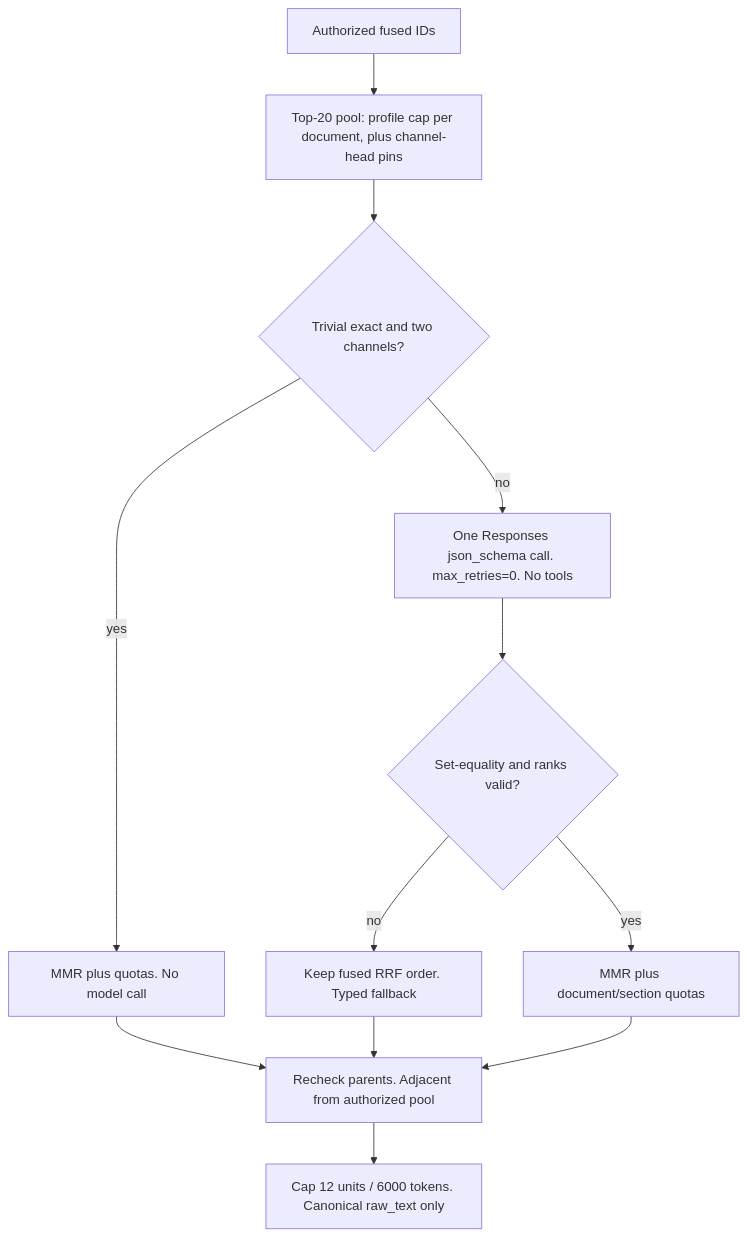
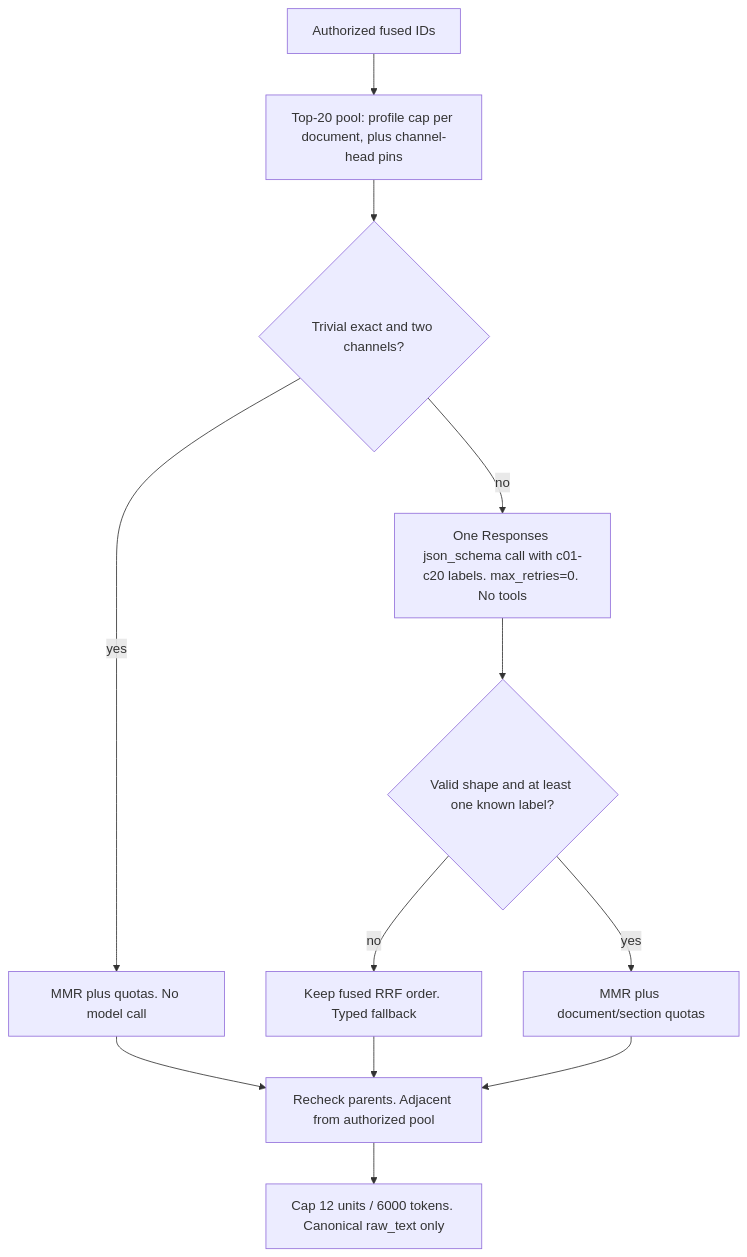
The third of 4 diagrams in docs/retrieval/HYBRID_RETRIEVAL_CONTRACT.md (Nagdy8888/smart-rag), drawn with Mermaid before and after one commit. The commit also changed other lines of this file and 27 other files, not shown here.

````diff
--- a/docs/retrieval/HYBRID_RETRIEVAL_CONTRACT.md
+++ b/docs/retrieval/HYBRID_RETRIEVAL_CONTRACT.md
@@ -252,14 +252,14 @@
 ```mermaid
 flowchart TD
   fused["Authorized fused IDs"] --> pool["Top-20 pool: profile cap per document, plus channel-head pins"]
   pool --> skip{"Trivial exact and two channels?"}
   skip -->|yes| mmrSkip["MMR plus quotas. No model call"]
-  skip -->|no| oneCall["One Responses json_schema call. max_retries=0. No tools"]
-  oneCall --> valid{"Set-equality and ranks valid?"}
+  skip -->|no| oneCall["One Responses json_schema call with c01-c20 labels. max_retries=0. No tools"]
+  oneCall --> valid{"Valid shape and at least one known label?"}
   valid -->|no| rrf["Keep fused RRF order. Typed fallback"]
   valid -->|yes| mmr["MMR plus document/section quotas"]
   mmrSkip --> parents["Recheck parents. Adjacent from authorized pool"]
   rrf --> parents
   mmr --> parents
   parents --> trim["Cap 12 units / 6000 tokens. Canonical raw_text only"]
 ```
````
